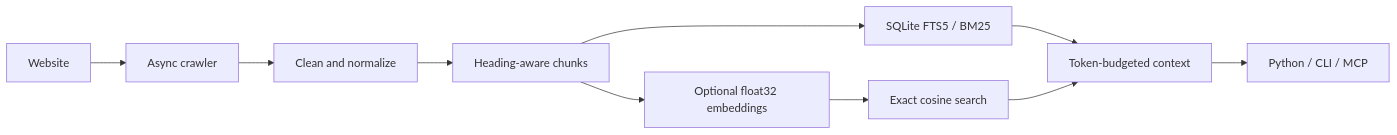
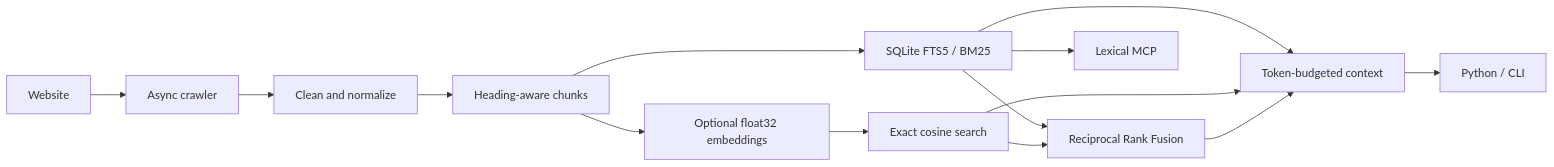
One commit to MakarenD/crawlforge changed the diagram in README.md. Above: the diagram before and after it, drawn with Mermaid. The commit also changed other lines of this file and 5 other files, not shown here.

````diff
--- a/README.md
+++ b/README.md
@@ -23,12 +23,16 @@
 ```mermaid
 flowchart LR
     A[Website] --> B[Async crawler]
     B --> C[Clean and normalize]
     C --> D[Heading-aware chunks]
     D --> E[SQLite FTS5 / BM25]
     D --> H[Optional float32 embeddings]
     H --> I[Exact cosine search]
+    E --> J[Reciprocal Rank Fusion]
+    I --> J
     E --> F[Token-budgeted context]
     I --> F
-    F --> G[Python / CLI / MCP]
+    J --> F
+    F --> G[Python / CLI]
+    E --> M[Lexical MCP]
 ```
````
